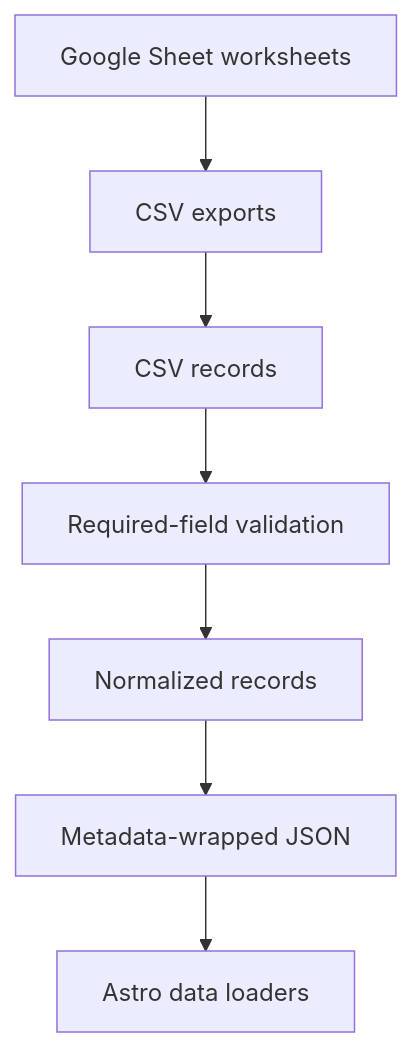
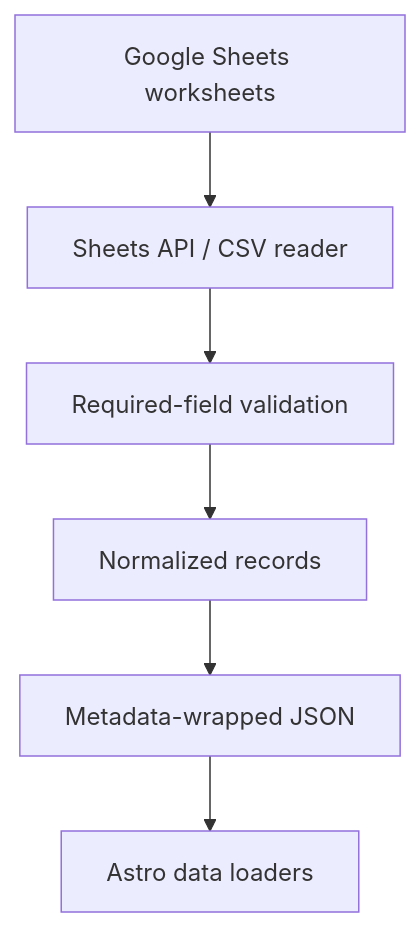
The second of 2 diagrams in docs/GOOGLE_SHEET_SCHEMA.md (Haplo66/ripple-bakes-makes), drawn with Mermaid before and after one commit. The commit also changed other lines of this file and 9 other files, not shown here.

````diff
--- a/docs/GOOGLE_SHEET_SCHEMA.md
+++ b/docs/GOOGLE_SHEET_SCHEMA.md
@@ -142,9 +149,8 @@
 ```mermaid
 flowchart TD
-  sheet["Google Sheet worksheets"] --> csv["CSV exports"]
-  csv --> read["CSV records"]
-  read --> validate["Required-field validation"]
+  sheets["Google Sheets worksheets"] --> reader["Sheets API / CSV reader"]
+  reader --> validate["Required-field validation"]
   validate --> normalize["Normalized records"]
   normalize --> output["Metadata-wrapped JSON"]
   output --> loaders["Astro data loaders"]
 ```
````
